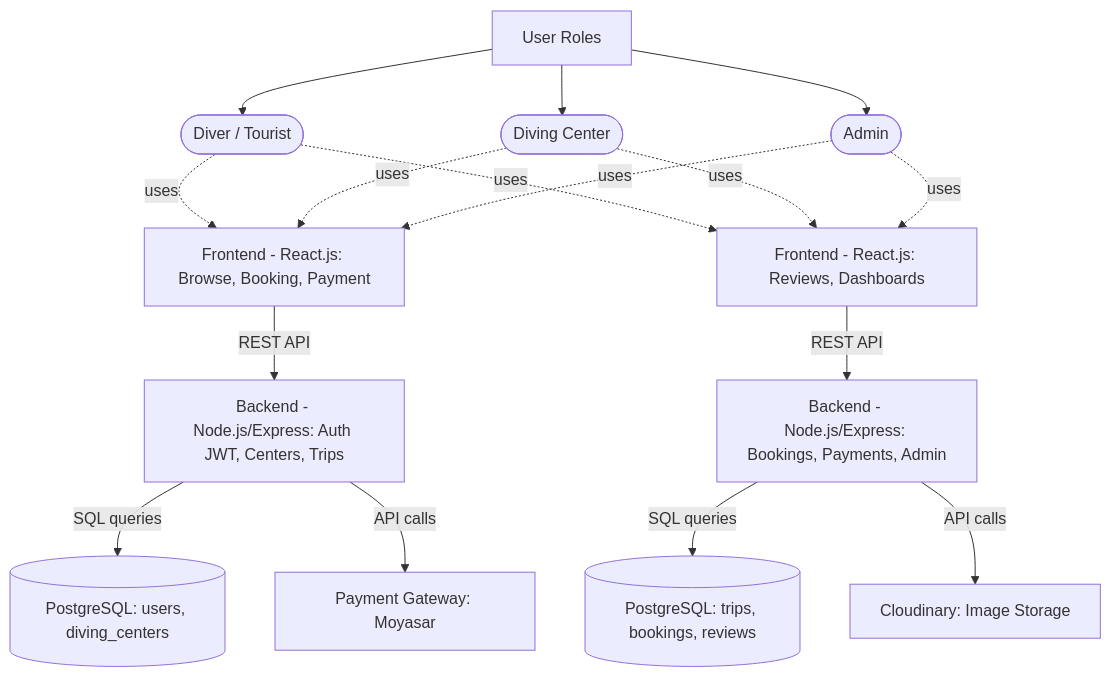
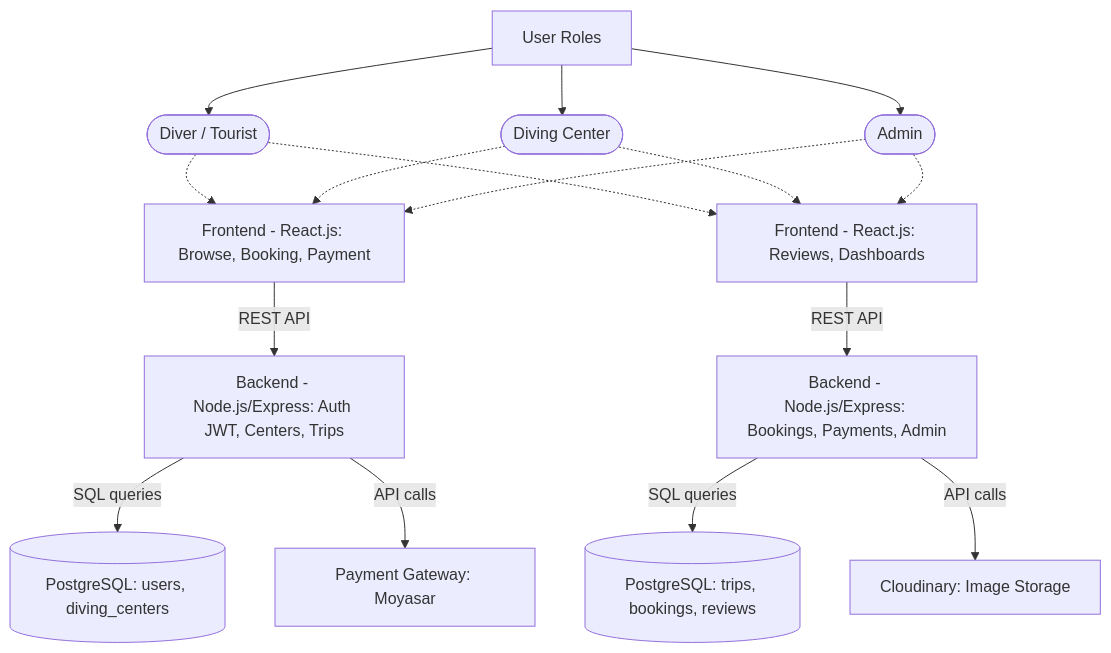
One commit to laradreamer79/Portfolio-Project changed the first of 6 diagrams in stage3/README.md. Above: the diagram before and after it, drawn with Mermaid.

Commit message:
Remove 'uses' label from dotted arrows connecting actors to frontend

````diff
--- a/stage3/README.md
+++ b/stage3/README.md
@@ -81,33 +81,33 @@
 ```mermaid
 flowchart TB
     Roles[User Roles]
 
     Roles --> actor1([Diver / Tourist])
     Roles --> actor2([Diving Center])
     Roles --> actor3([Admin])
 
     F1[Frontend - React.js: Browse, Booking, Payment]
     F2[Frontend - React.js: Reviews, Dashboards]
     B1[Backend - Node.js/Express: Auth JWT, Centers, Trips]
     B2[Backend - Node.js/Express: Bookings, Payments, Admin]
     D1[(PostgreSQL: users, diving_centers)]
     D2[(PostgreSQL: trips, bookings, reviews)]
     E1[Payment Gateway: Moyasar]
     E2[Cloudinary: Image Storage]
 
-    actor1 -.->|uses| F1
-    actor1 -.->|uses| F2
-    actor2 -.->|uses| F1
-    actor2 -.->|uses| F2
-    actor3 -.->|uses| F1
-    actor3 -.->|uses| F2
+    actor1 -.-> F1
+    actor1 -.-> F2
+    actor2 -.-> F1
+    actor2 -.-> F2
+    actor3 -.-> F1
+    actor3 -.-> F2
 
     F1 -->|REST API| B1
     F2 -->|REST API| B2
 
     B1 -->|SQL queries| D1
     B2 -->|SQL queries| D2
 
     B1 -->|API calls| E1
     B2 -->|API calls| E2
 ```
````
